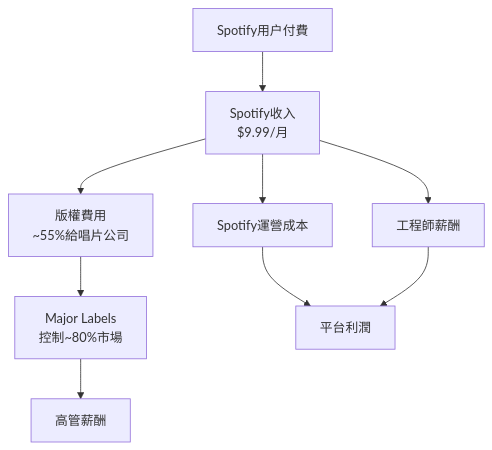
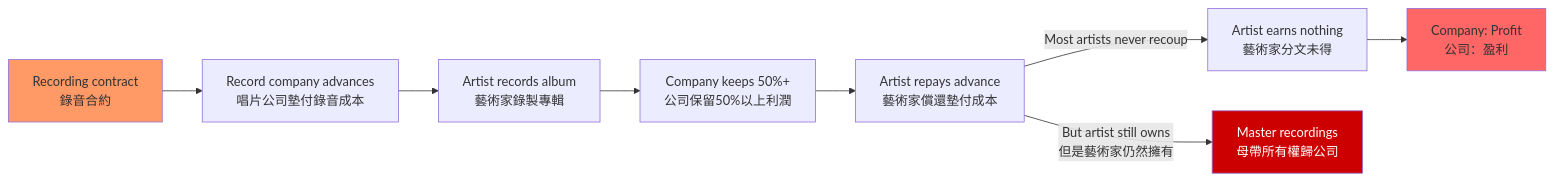
The third of 5 diagrams in 01_HKU_Courses/HIST4039_Technology_Creativity_Music.md (yip-lgtm/HKU-Harvard-History-Self-Study), drawn with Mermaid before and after one commit. The commit also changed other lines of this file and 25 other files, not shown here.

````diff
--- a/01_HKU_Courses/HIST4039_Technology_Creativity_Music.md
+++ b/01_HKU_Courses/HIST4039_Technology_Creativity_Music.md
@@ -176,11 +143,14 @@
 ```mermaid
-flowchart TD
-    A[Spotify用户付費] --> B[Spotify收入<br/>$9.99/月]
-    B --> C[版權費用<br/>~55%給唱片公司]
-    C --> D[Major Labels<br/>控制~80%市場]
-    D --> E[高管薪酬]
-    B --> F[Spotify運營成本]
-    B --> G[工程師薪酬]
-    F --> H[平台利潤]
-    G --> H
+flowchart LR
+    A[Recording contract<br/>錄音合約] --> B[Record company advances<br/>唱片公司墊付錄音成本]
+    B --> C[Artist records album<br/>藝術家錄製專輯]
+    C --> D[Company keeps 50%+<br/>公司保留50%以上利潤]
+    D --> E[Artist repays advance<br/>藝術家償還墊付成本]
+    E -->|Most artists never recoup| F[Artist earns nothing<br/>藝術家分文未得]
+    E -->|But artist still owns<br/>但是藝術家仍然擁有| G[Master recordings<br/>母帶所有權歸公司]
+    F --> H[Company: Profit<br/>公司：盈利]
+    
+    style A fill:#f96
+    style G fill:#c00,color:#fff
+    style H fill:#f66
 ```
````
